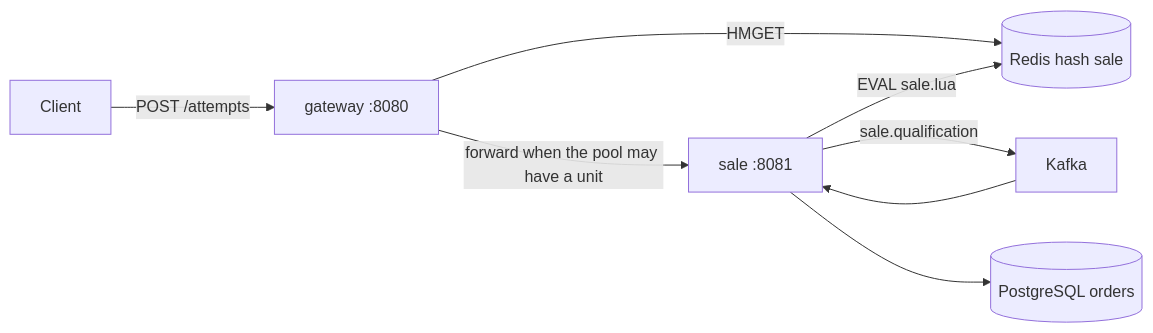
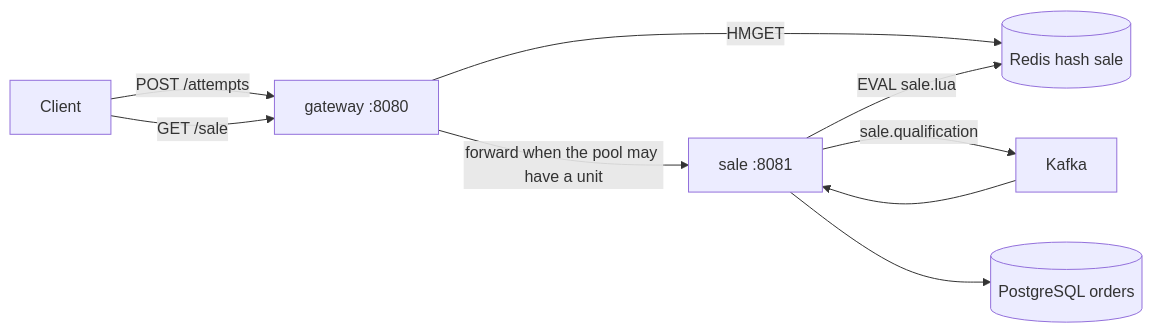
The first of 5 diagrams in README.md (kevrsc/flashsale), drawn with Mermaid before and after one commit. The commit also changed other lines of this file and 1 other file, not shown here.

Commit message:
Remove redundant field definitions, add uml diagrams for readability

````diff
--- a/README.md
+++ b/README.md
@@ -21,17 +21,18 @@
 ```mermaid
 flowchart LR
     client[Client]
     gateway[gateway :8080]
     sale[sale :8081]
     redis[(Redis hash sale)]
     kafka[Kafka]
     db[(PostgreSQL orders)]
 
     client -->|"POST /attempts"| gateway
+    client -->|"GET /sale"| gateway
     gateway -->|"HMGET"| redis
     gateway -->|"forward when the pool may have a unit"| sale
     sale -->|"EVAL sale.lua"| redis
     sale -->|"sale.qualification"| kafka
     kafka --> sale
     sale --> db
 ```
````
